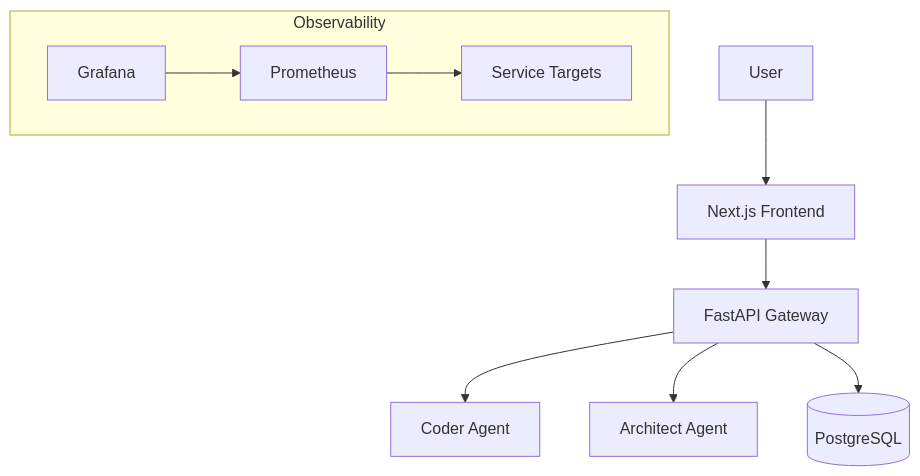
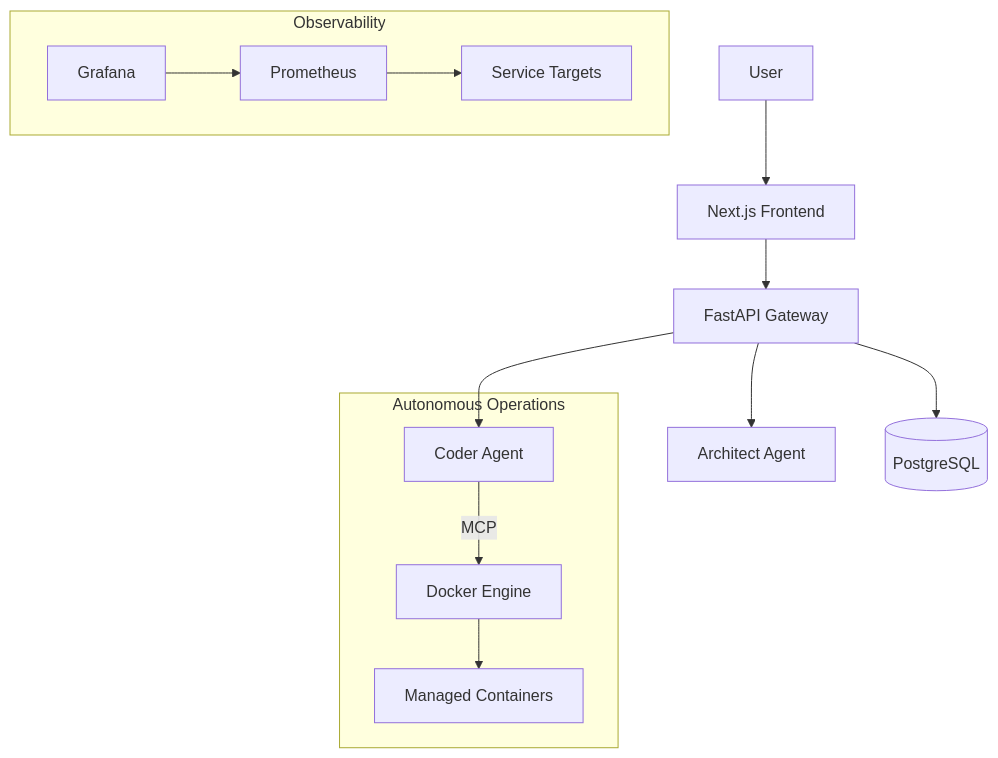
One commit to welshDog/HyperCode-V2.0 changed the diagram in README.md. Above: the diagram before and after it, drawn with Mermaid. The commit also changed other lines of this file and 48 other files, not shown here.

````diff
--- a/README.md
+++ b/README.md
@@ -64,13 +64,18 @@
 ```mermaid
 graph TD
     User[User] --> FE[Next.js Frontend]
     FE --> API[FastAPI Gateway]
     API --> Agent1[Coder Agent]
     API --> Agent2[Architect Agent]
     API --> DB[(PostgreSQL)]
     
     subgraph Observability
         Prom[Prometheus] --> Targets[Service Targets]
         Graf[Grafana] --> Prom
     end
+
+    subgraph "Autonomous Operations"
+        Agent1 -->|MCP| Docker[Docker Engine]
+        Docker --> Containers[Managed Containers]
+    end
 ```
````
